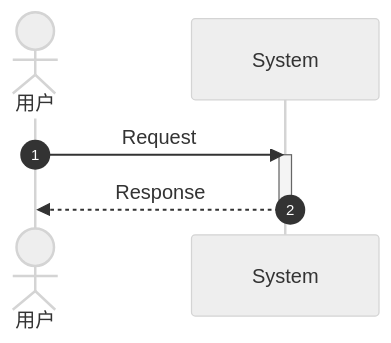
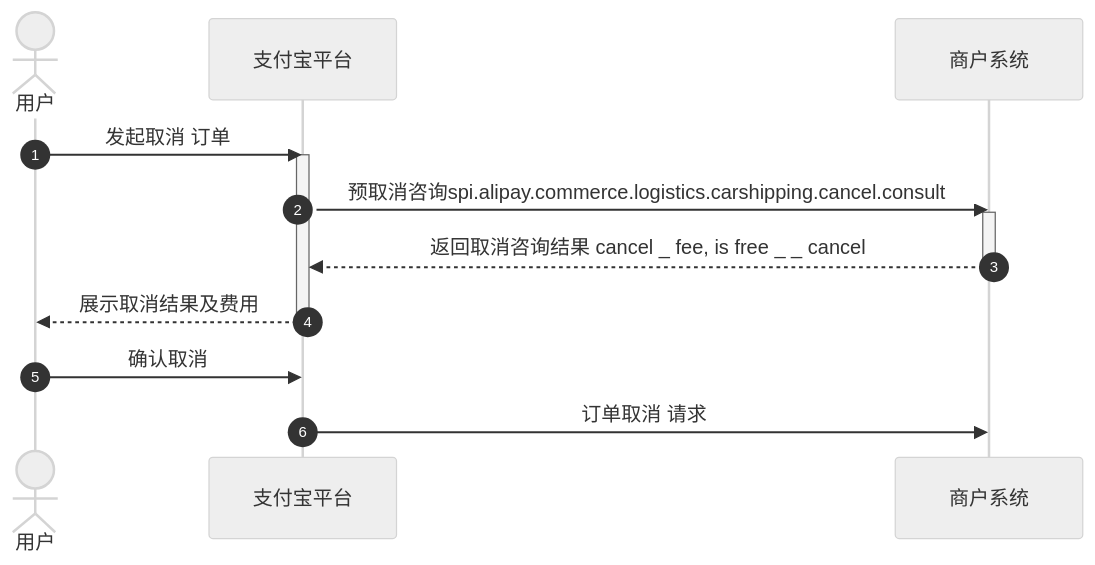
Before and after one commit to pingpm/mermaid_vault: the diagram in mmd/取消 订单时序_e57a9910-97b8-4c65-9669-0c2f3234df41.mmd, drawn with Mermaid (neutral theme). The commit also changed 2 other files, not shown here.

Commit message:
Sync Mermaid Studio data (11 diagrams)

```diff
--- a/mmd/取消 订单时序_e57a9910-97b8-4c65-9669-0c2f3234df41.mmd
+++ b/mmd/取消 订单时序_e57a9910-97b8-4c65-9669-0c2f3234df41.mmd
@@ -1,8 +1,15 @@
 sequenceDiagram
   autonumber
   actor p0 as 用户
-  participant p1 as System
-  p0->>p1: Request
+  participant p1 as 支付宝平台
+  participant p2 as 商户系统
+  p0->>p1: 发起取消 订单
   activate p1
-  p1-->>p0: Response
+  p1->>p2: 预取消咨询spi.alipay.commerce.logistics.carshipping.cancel.consult
+  activate p2
+  p2-->>p1: 返回取消咨询结果 cancel _ fee, is free _ _ cancel
+  deactivate p2
+  p1-->>p0: 展示取消结果及费⽤
   deactivate p1
+  p0->>p1: 确认取消
+  p1->>p2: 订单取消 请求
```
